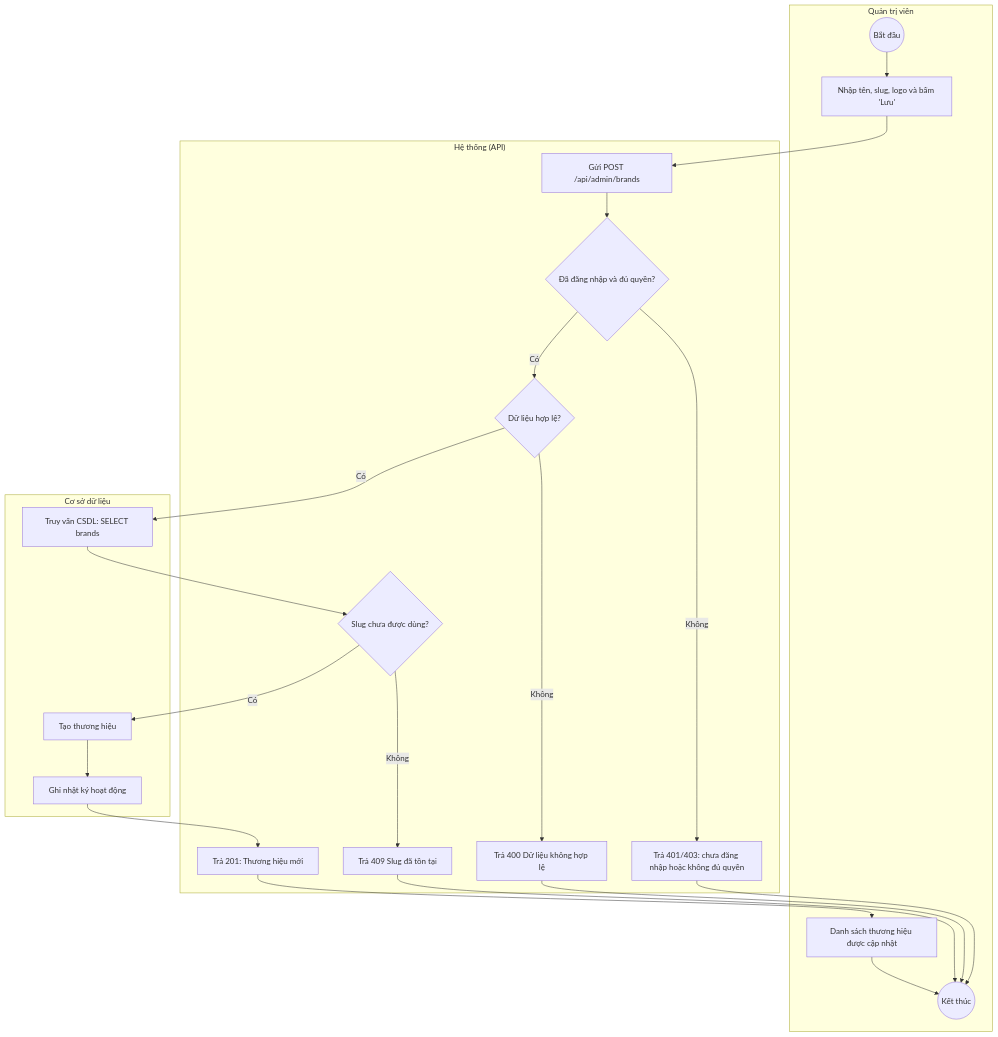
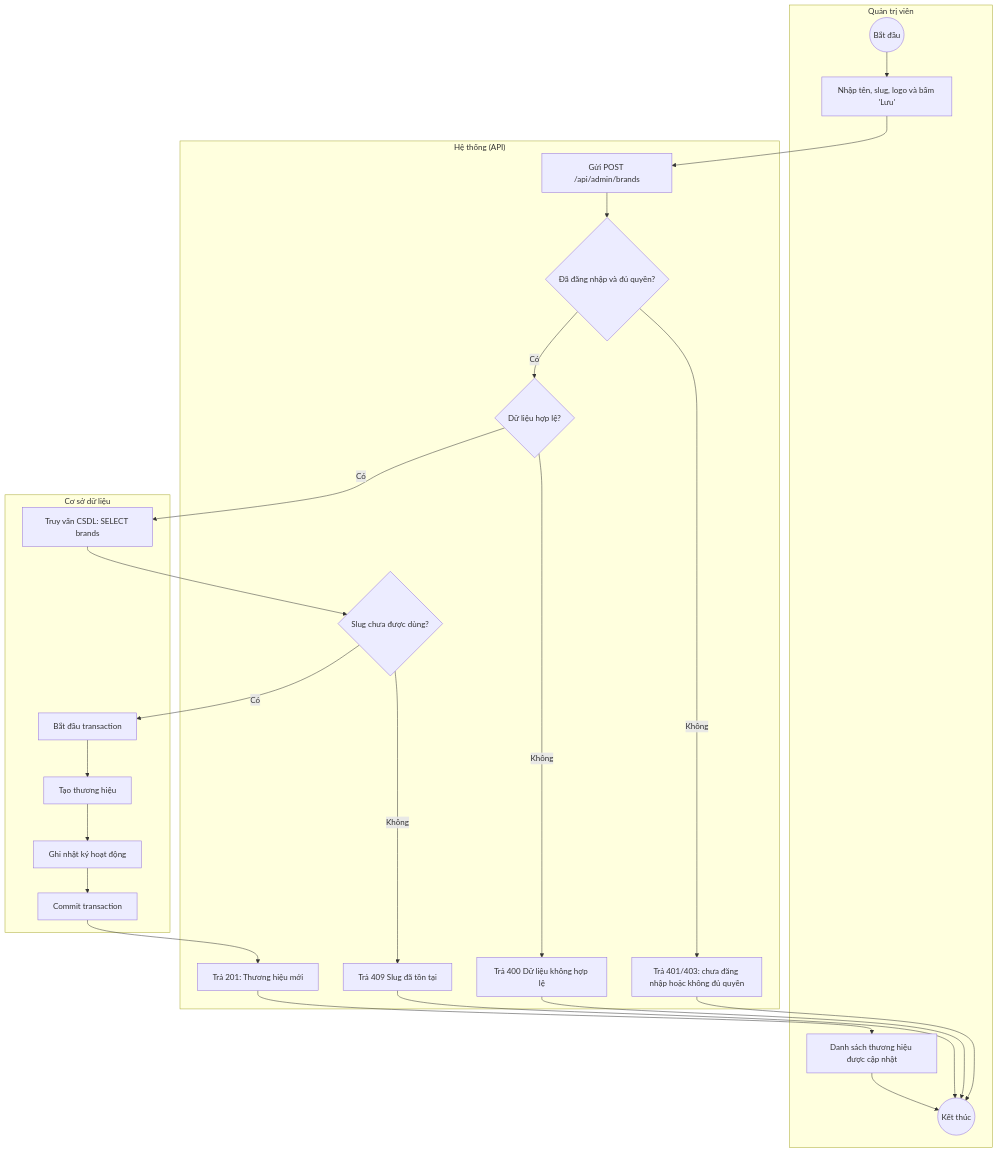
The diagram in docs/diagrams/src/activity_UC-ADM-06_quan-ly-thuong-hieu.mmd (2431540234-arch/XDUDTMDT), drawn with Mermaid before and after one commit. The commit also changed 49 other files, not shown here.

Commit message:
docs(diagrams): thêm transaction cho UC-ADM, nhánh LOD vượt ngưỡng, kiến trúc dùng ELK

```diff
--- a/docs/diagrams/src/activity_UC-ADM-06_quan-ly-thuong-hieu.mmd
+++ b/docs/diagrams/src/activity_UC-ADM-06_quan-ly-thuong-hieu.mmd
@@ -1,39 +1,43 @@
 flowchart TD
     subgraph LANE_A["Quản trị viên"]
         n1(("Bắt đầu"))
         n2["Nhập tên, slug, logo và bấm 'Lưu'"]
         n14["Danh sách thương hiệu được cập nhật"]
         n15(("Kết thúc"))
     end
     subgraph LANE_S["Hệ thống (API)"]
         n3["Gửi POST /api/admin/brands"]
         n4{"Đã đăng nhập và đủ quyền?"}
         n5["Trả 401/403: chưa đăng nhập hoặc không đủ quyền"]
         n6{"Dữ liệu hợp lệ?"}
         n7["Trả 400 Dữ liệu không hợp lệ"]
         n9{"Slug chưa được dùng?"}
         n10["Trả 409 Slug đã tồn tại"]
         n13["Trả 201: Thương hiệu mới"]
     end
     subgraph LANE_D["Cơ sở dữ liệu"]
         n8["Truy vấn CSDL: SELECT brands"]
+        n16["Bắt đầu transaction"]
         n11["Tạo thương hiệu"]
         n12["Ghi nhật ký hoạt động"]
+        n17["Commit transaction"]
     end
     n1 --> n2
     n2 --> n3
     n3 --> n4
     n4 -->|"Không"| n5
     n4 -->|"Có"| n6
     n6 -->|"Không"| n7
     n6 -->|"Có"| n8
     n8 --> n9
     n9 -->|"Không"| n10
-    n9 -->|"Có"| n11
+    n9 -->|"Có"| n16
+    n16 --> n11
     n11 --> n12
-    n12 --> n13
+    n12 --> n17
+    n17 --> n13
     n13 --> n14
     n14 --> n15
     n5 --> n15
     n7 --> n15
     n10 --> n15
```
